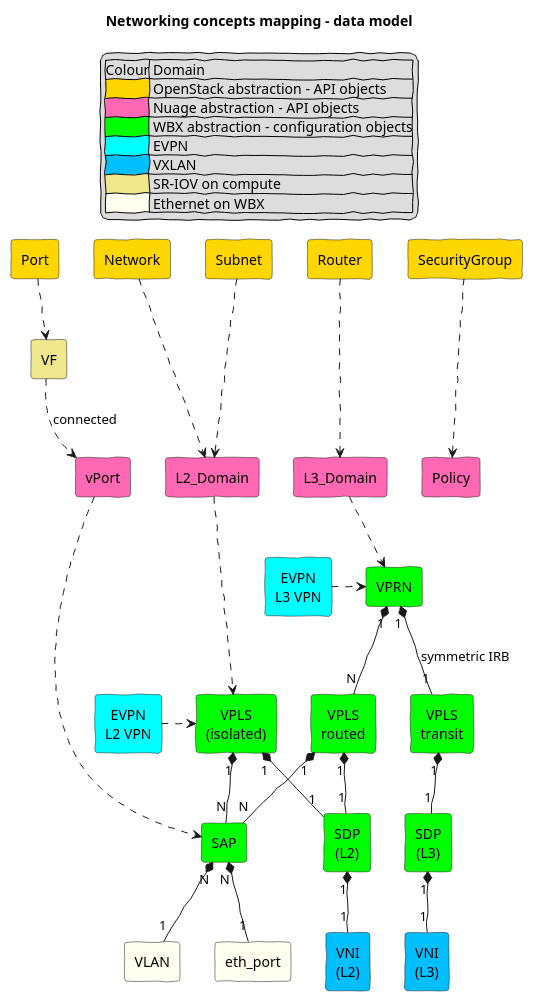
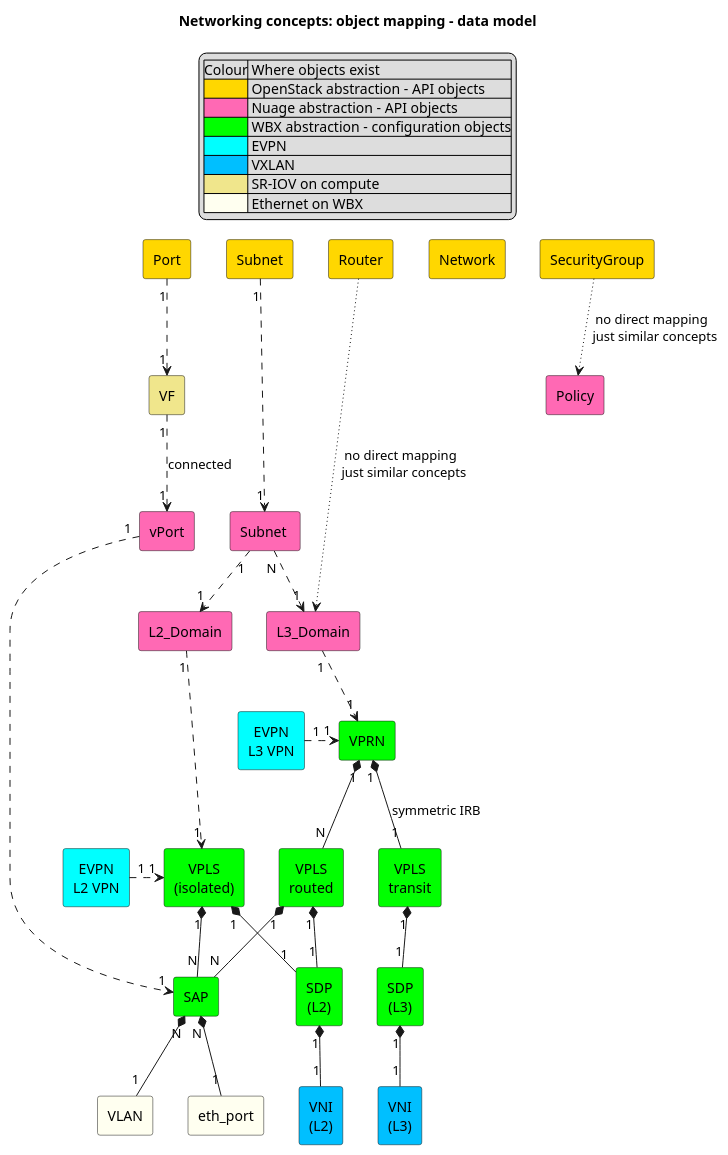
One commit to gpawelski/virtmodel changed the diagram in vxlan_abstractions.plantuml. Above: the diagram before and after it, drawn with PlantUML. The commit also changed 1 other file, not shown here.

Commit message:
Add Nuage subnet object

```diff
--- a/vxlan_abstractions.plantuml
+++ b/vxlan_abstractions.plantuml
@@ -1,110 +1,118 @@
 @startuml
 allow_mixing
-skinparam handwritten true
+'skinparam handwritten true
 skinparam defaultTextAlignment center
 
-title Networking concepts mapping - data model
+title Networking concepts: object mapping - data model
 
 legend top
-|Colour| Domain |
+|Colour| Where objects exist |
 |<#Gold>| OpenStack abstraction - API objects|
 |<#HotPink>| Nuage abstraction - API objects|
 |<#Lime>| WBX abstraction - configuration objects|
 |<#Cyan>| EVPN|
 |<#DeepSkyBlue>| VXLAN|
 |<#Khaki>| SR-IOV on compute|
 |<#Ivory>| Ethernet on WBX|
 endlegend
+
 
 rectangle L3_VPN #Cyan [
 EVPN
 L3 VPN]
 
 rectangle L2_VPN #Cyan [
 EVPN
 L2 VPN
 ]
 
 together {
   rectangle VNI_L2 #DeepSkyBlue [
   VNI
   (L2)
   ]
   rectangle VNI_L3 #DeepSkyBlue [
   VNI
   (L3)
   ]
   rectangle VLAN #Ivory
   rectangle eth_port #Ivory
 }
 
 rectangle SAP #Lime
 
 together {
   rectangle SDP_L2 #Lime [
   SDP
   (L2)
   ]
   rectangle SDP_L3 #Lime [
   SDP
   (L3)
   ]
 }
 
 rectangle VPRN #Lime
 together {
   rectangle VPLS #Lime [
   VPLS
   (isolated)
   ]
   rectangle rVPLS #Lime [
   VPLS
   routed
   ]
   rectangle tVPLS #Lime [
   VPLS
   transit
   ]
 }
 
+
 together {
-rectangle vPort #HotPink
-rectangle L2_Domain #HotPink
-rectangle L3_Domain #HotPink
-rectangle Policy #HotPink
+  rectangle nSubnet #HotPink [
+  Subnet ]
+  rectangle L2_Domain #HotPink
+  rectangle L3_Domain #HotPink
+  rectangle vPort #HotPink
 }
 
 together {
+  rectangle SecurityGroup #Gold
+  rectangle Policy #HotPink
+}
+
+together {
+  rectangle Port #Gold
+  rectangle Subnet #Gold
+  rectangle Router #Gold
+  rectangle VF #Khaki
+}
 rectangle Network #Gold
-rectangle Subnet #Gold
-rectangle Router #Gold
-rectangle Port #Gold
-rectangle VF #Khaki
-rectangle SecurityGroup #Gold
-}
 
 
 SAP "N" *-- "1" eth_port
 SAP "N" *-- "1" VLAN
 SDP_L2 "1" *-- "1" VNI_L2
 SDP_L3 "1" *-- "1" VNI_L3
 VPRN "1" *-- "N" rVPLS
 VPRN "1" *-- "1" tVPLS : symmetric IRB
 VPLS "1" *-- "N" SAP
 VPLS "1" *-- "1" SDP_L2
 rVPLS "1" *-- "N" SAP
 rVPLS "1" *-- "1" SDP_L2
 tVPLS "1" *-- "1" SDP_L3
-L2_VPN  -right[dashed]-> VPLS
-L3_VPN -right[dashed]-> VPRN
-vPort -[dashed]-> SAP
-L2_Domain -[dashed]-> VPLS
-L3_Domain -[dashed]-> VPRN
-Network -[dashed]-> L2_Domain
-Subnet -[dashed]-> L2_Domain
-Router -[dashed]-> L3_Domain
-SecurityGroup -[dashed]-> Policy
-Port -[dashed]-> VF
-VF -[dashed]-> vPort : connected
+L2_VPN  "1" -right[dashed]-> "1" VPLS
+L3_VPN "1" -right[dashed]-> "1" VPRN
+vPort "1" -[dashed]-> "1" SAP
+L2_Domain "1" -[dashed]-> "1" VPLS
+L3_Domain "1" -[dashed]-> "1" VPRN
+Router  -[dotted]->  L3_Domain : no direct mapping \n just similar concepts
+SecurityGroup -[dotted]-> Policy : no direct mapping \n just similar concepts
+Port "1" -[dashed]-> "1" VF
+VF "1" -[dashed]-> "1" vPort : connected
+nSubnet "1" -[dashed]-> "1" L2_Domain
+nSubnet "N" -[dashed]-> "1" L3_Domain
+Subnet "1" -[dashed]-> "1" nSubnet
 
 @enduml
```
